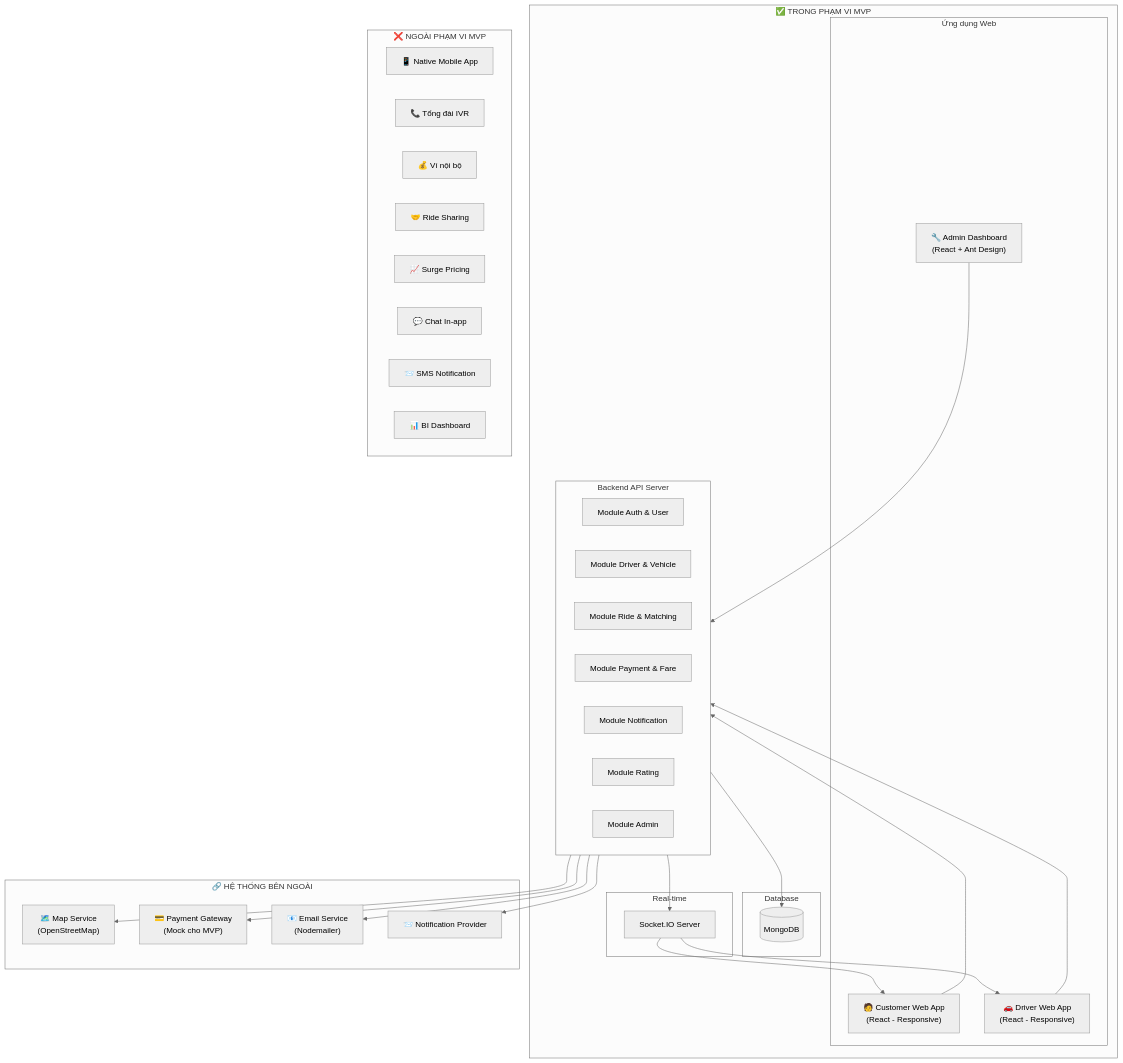
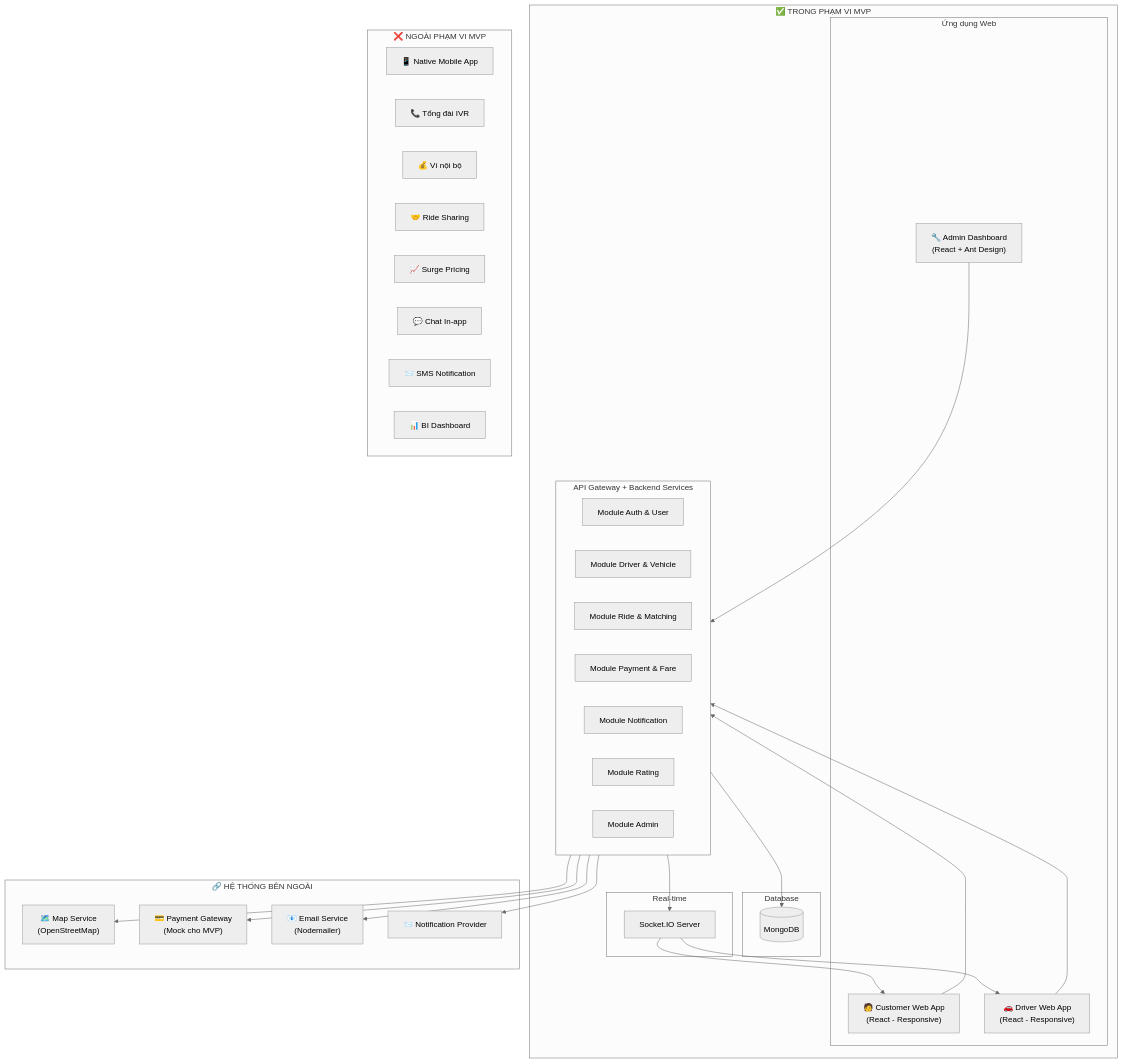
Before and after one commit to toru12030-netizen/23732061_MaiQuocHung_CabSystem: the fourth of 16 diagrams in srs.md, drawn with Mermaid (neutral theme). The commit also changed other lines of this file and 12 other files, not shown here.

````diff
--- a/srs.md
+++ b/srs.md
@@ -490,58 +482,58 @@
 ```mermaid
 flowchart TB
     subgraph InScope["✅ TRONG PHẠM VI MVP"]
         subgraph Apps["Ứng dụng Web"]
             CApp["🧑 Customer Web App\n(React - Responsive)"]
             DApp["🚗 Driver Web App\n(React - Responsive)"]
             AApp["🔧 Admin Dashboard\n(React + Ant Design)"]
         end
 
-        subgraph Backend["Backend API Server"]
+        subgraph Backend["API Gateway + Backend Services"]
             Auth["Module Auth & User"]
             Driver["Module Driver & Vehicle"]
             Ride["Module Ride & Matching"]
             Pay["Module Payment & Fare"]
             Notif["Module Notification"]
             Rating["Module Rating"]
             Admin["Module Admin"]
         end
 
         subgraph Data["Database"]
             DB[(MongoDB)]
         end
 
         subgraph Realtime["Real-time"]
             Socket["Socket.IO Server"]
         end
     end
 
     subgraph OutScope["❌ NGOÀI PHẠM VI MVP"]
         Mobile["📱 Native Mobile App"]
         IVR["📞 Tổng đài IVR"]
         Wallet["💰 Ví nội bộ"]
         RideShare["🤝 Ride Sharing"]
         Surge["📈 Surge Pricing"]
         Chat["💬 Chat In-app"]
         SMS["📨 SMS Notification"]
         BI["📊 BI Dashboard"]
     end
 
     subgraph External["🔗 HỆ THỐNG BÊN NGOÀI"]
         MapAPI["🗺️ Map Service\n(OpenStreetMap)"]
         PayGW["💳 Payment Gateway\n(Mock cho MVP)"]
         EmailSvc["📧 Email Service\n(Nodemailer)"]
         NotifProv["📨 Notification Provider"]
     end
 
     CApp --> Backend
     DApp --> Backend
     AApp --> Backend
     Backend --> DB
     Backend --> Socket
     Backend --> MapAPI
     Backend --> PayGW
     Backend --> EmailSvc
     Backend --> NotifProv
     Socket --> CApp
     Socket --> DApp
 ```
````
